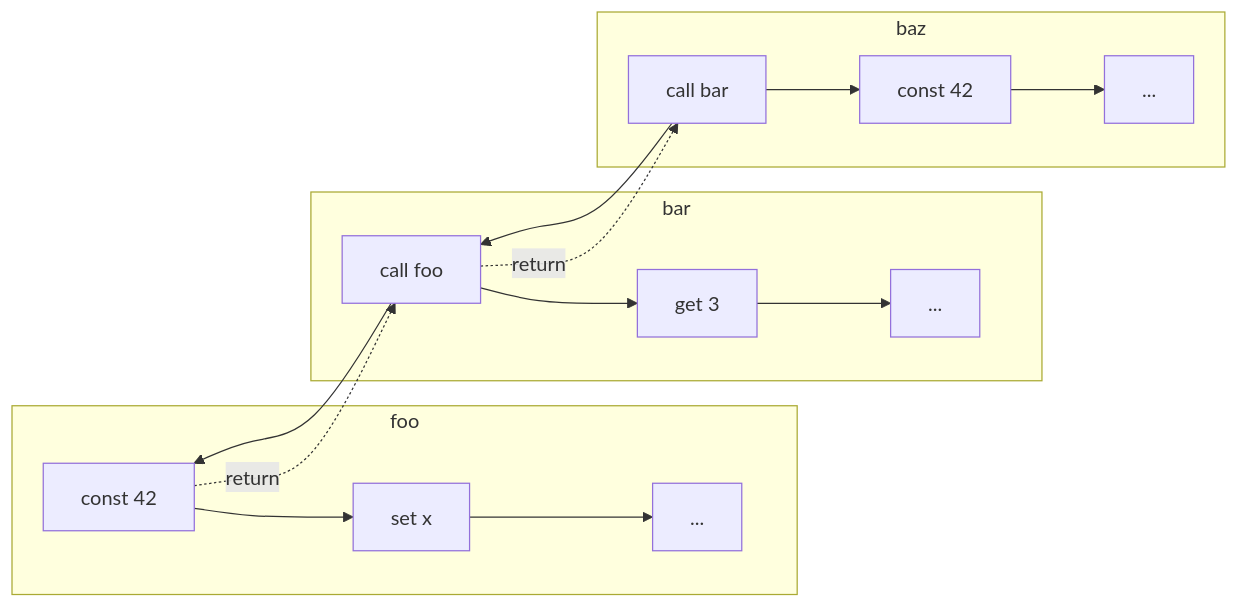
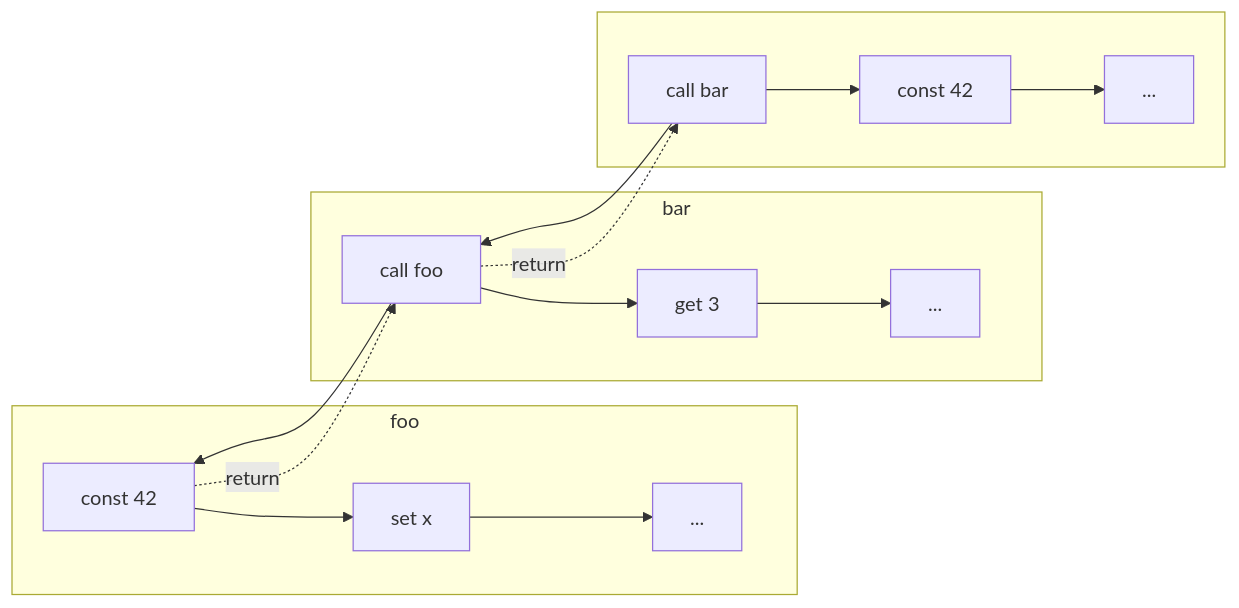
The diagram in slides/stak/unicode/backtrace.mmd (raviqqe/doc), drawn with Mermaid before and after one commit.

```diff
--- a/slides/stak/unicode/backtrace.mmd
+++ b/slides/stak/unicode/backtrace.mmd
@@ -1,16 +1,16 @@
 flowchart LR
   subgraph s0[foo]
     a0[const 42] --> a1[set x] --> a2[...]
   end
 
   subgraph s1[bar]
     b0[call foo] --> b1[get 3] --> b2[...]
     b0 --> a0
     a0 -.->|return| b0
   end
 
-  subgraph s2[baz]
+  subgraph s2[ ]
     c0[call bar] --> c1[const 42] --> c2[...]
     c0 --> b0
     b0 -.->|return| c0
   end
```
